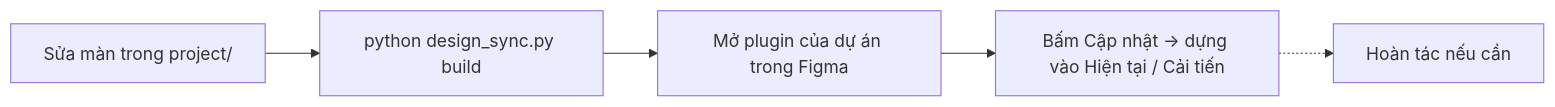
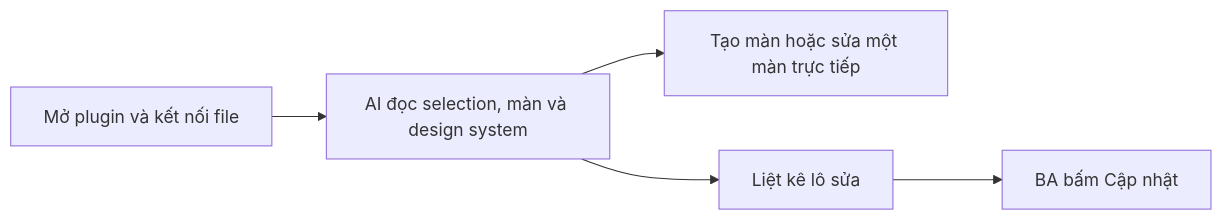
Before and after one commit to xuanntdev/figma-design-toolkit: the diagram in README.md, drawn with Mermaid. The commit also changed other lines of this file and 64 other files, not shown here.

Commit message:
Add live Figma workflow and project integration

````diff
--- a/README.md
+++ b/README.md
@@ -7,7 +7,7 @@
 ```mermaid
 flowchart LR
-    Edit["Sửa màn trong project/"] --> Build["python design_sync.py build"]
-    Build --> Figma["Mở plugin của dự án trong Figma"]
-    Figma --> Click["Bấm Cập nhật → dựng vào Hiện tại / Cải tiến"]
-    Click -.-> Undo["Hoàn tác nếu cần"]
+    Figma["Mở plugin và kết nối file"] --> Read["AI đọc selection, màn và design system"]
+    Read --> Edit["Tạo màn hoặc sửa một màn trực tiếp"]
+    Read --> Bulk["Liệt kê lô sửa"]
+    Bulk --> Click["BA bấm Cập nhật"]
 ```
````
